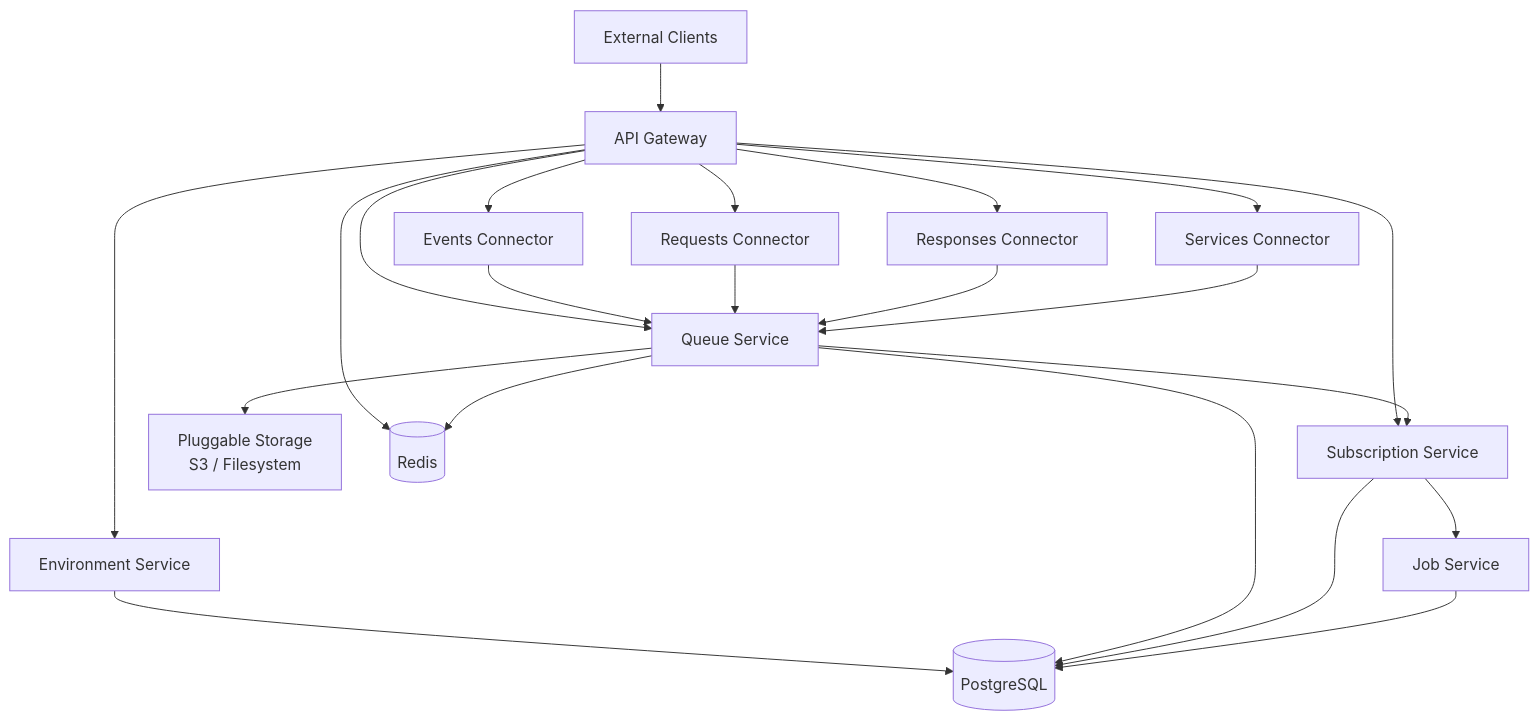
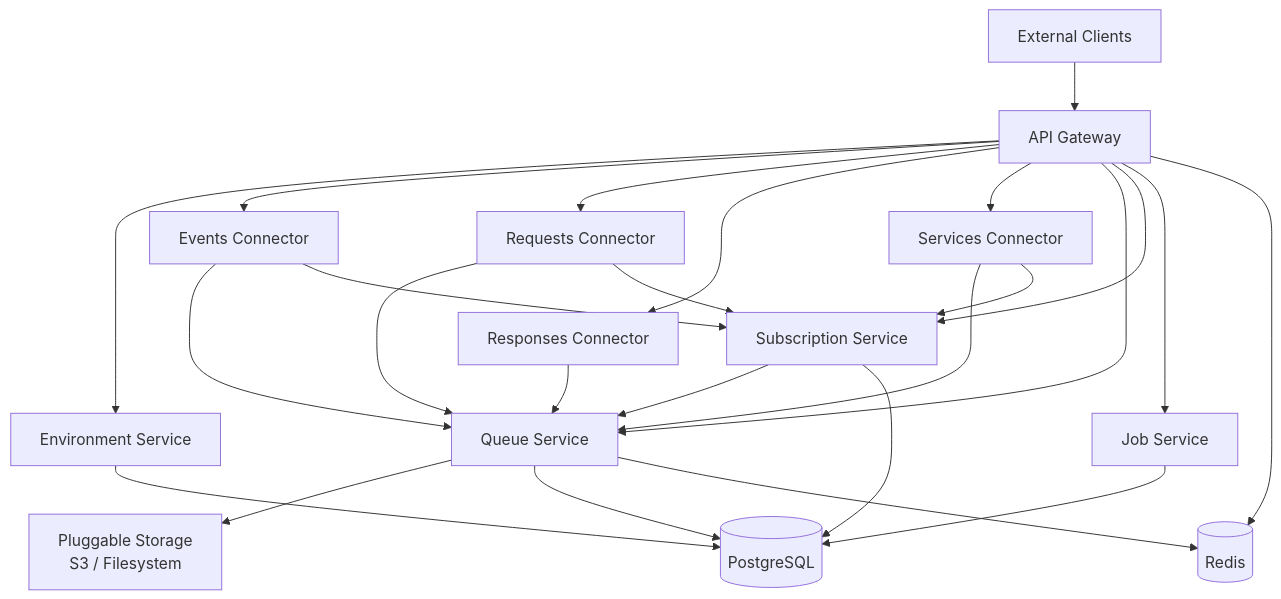
Before and after one commit to Access4Learning/OSDB: the first of 4 diagrams in docs/architecture/SYSTEM-ARCHITECTURE-OVERVIEW.md, drawn with Mermaid. The commit also changed other lines of this file and 2 other files, not shown here.

Commit message:
docs(architecture): sync spotlights and overview with the implementation

````diff
--- a/docs/architecture/SYSTEM-ARCHITECTURE-OVERVIEW.md
+++ b/docs/architecture/SYSTEM-ARCHITECTURE-OVERVIEW.md
@@ -36,29 +36,32 @@
 ```mermaid
 graph TD
     Client[External Clients] --> Gateway[API Gateway]
     
     Gateway --> EnvSvc[Environment Service]
     Gateway --> EventsConn[Events Connector]
     Gateway --> ReqConn[Requests Connector]
     Gateway --> RespConn[Responses Connector]
     Gateway --> SvcConn[Services Connector]
     Gateway --> QueueSvc[Queue Service]
     Gateway --> SubSvc[Subscription Service]
+    Gateway --> JobSvc[Job Service]
     
     EventsConn --> QueueSvc
     ReqConn --> QueueSvc
     RespConn --> QueueSvc
     SvcConn --> QueueSvc
+    SubSvc --> QueueSvc
+    EventsConn --> SubSvc
+    ReqConn --> SubSvc
+    SvcConn --> SubSvc
     
     QueueSvc --> Storage[Pluggable Storage<br/>S3 / Filesystem]
-    QueueSvc --> SubSvc
-    SubSvc --> JobSvc[Job Service]
     
     EnvSvc --> DB[(PostgreSQL)]
     QueueSvc --> DB
     SubSvc --> DB
     JobSvc --> DB
     
     Gateway --> Redis[(Redis)]
     QueueSvc --> Redis
 ```
````
